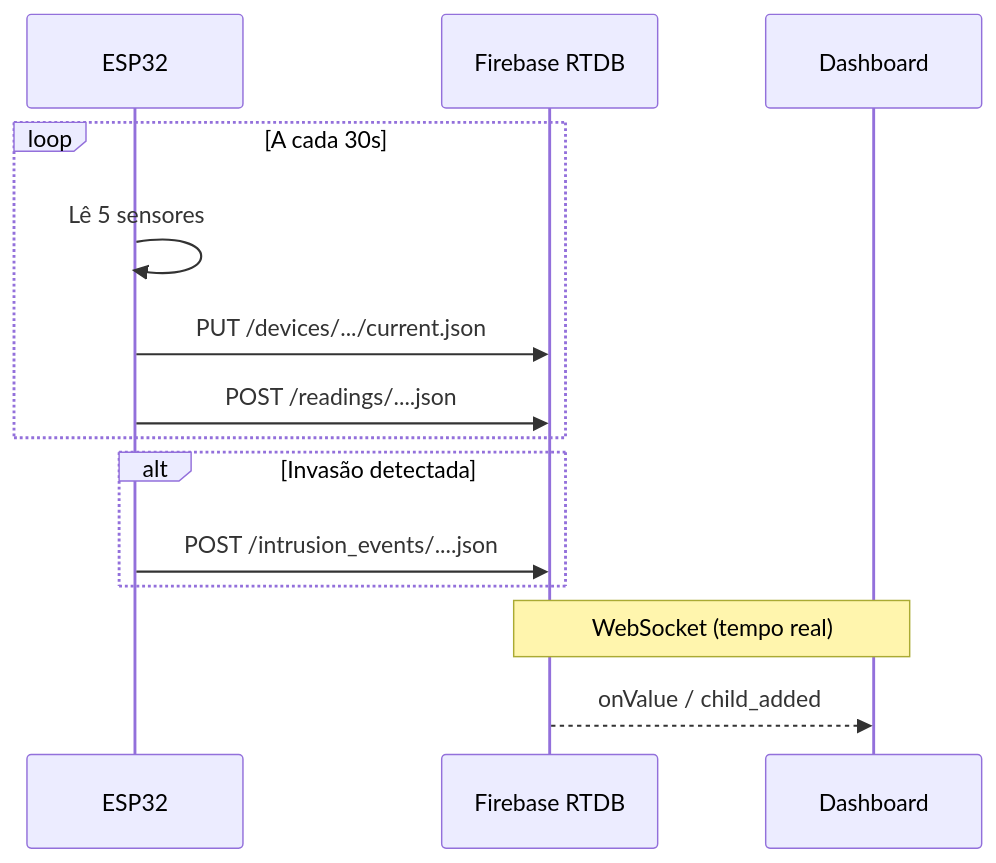
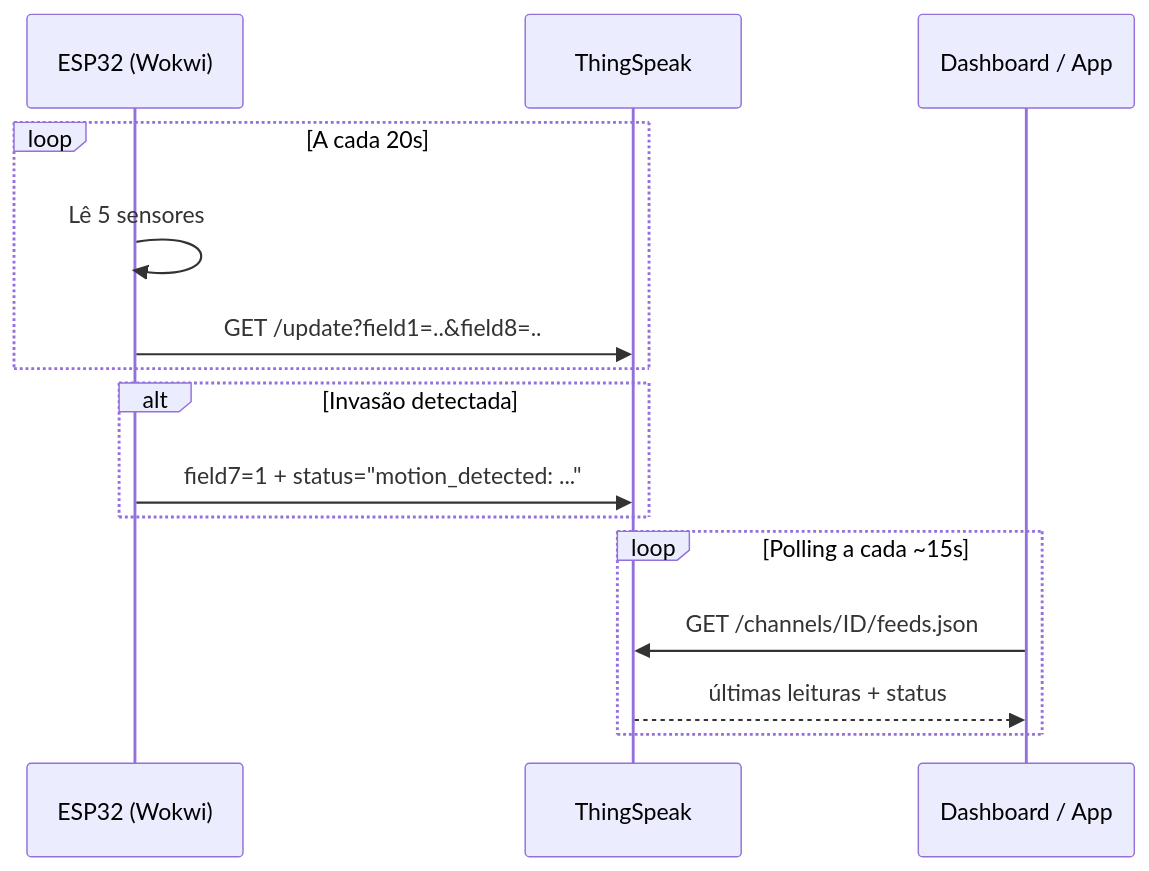
Before and after one commit to JoaoGabriel1601/BETA-IOT-2.0: the diagram in README.md, drawn with Mermaid. The commit also changed other lines of this file and 36 other files, not shown here.

````diff
--- a/README.md
+++ b/README.md
@@ -75,19 +69,20 @@
 ```mermaid
 sequenceDiagram
-    participant ESP as ESP32
-    participant FB as Firebase RTDB
-    participant WEB as Dashboard
+    participant ESP as ESP32 (Wokwi)
+    participant TS as ThingSpeak
+    participant APP as Dashboard / App
 
-    loop A cada 30s
+    loop A cada 20s
         ESP->>ESP: Lê 5 sensores
-        ESP->>FB: PUT /devices/.../current.json
-        ESP->>FB: POST /readings/....json
+        ESP->>TS: GET /update?field1=..&field8=..
     end
 
     alt Invasão detectada
-        ESP->>FB: POST /intrusion_events/....json
+        ESP->>TS: field7=1 + status="motion_detected: ..."
     end
 
-    Note over WEB,FB: WebSocket (tempo real)
-    FB-->>WEB: onValue / child_added
+    loop Polling a cada ~15s
+        APP->>TS: GET /channels/ID/feeds.json
+        TS-->>APP: últimas leituras + status
+    end
 ```
````
